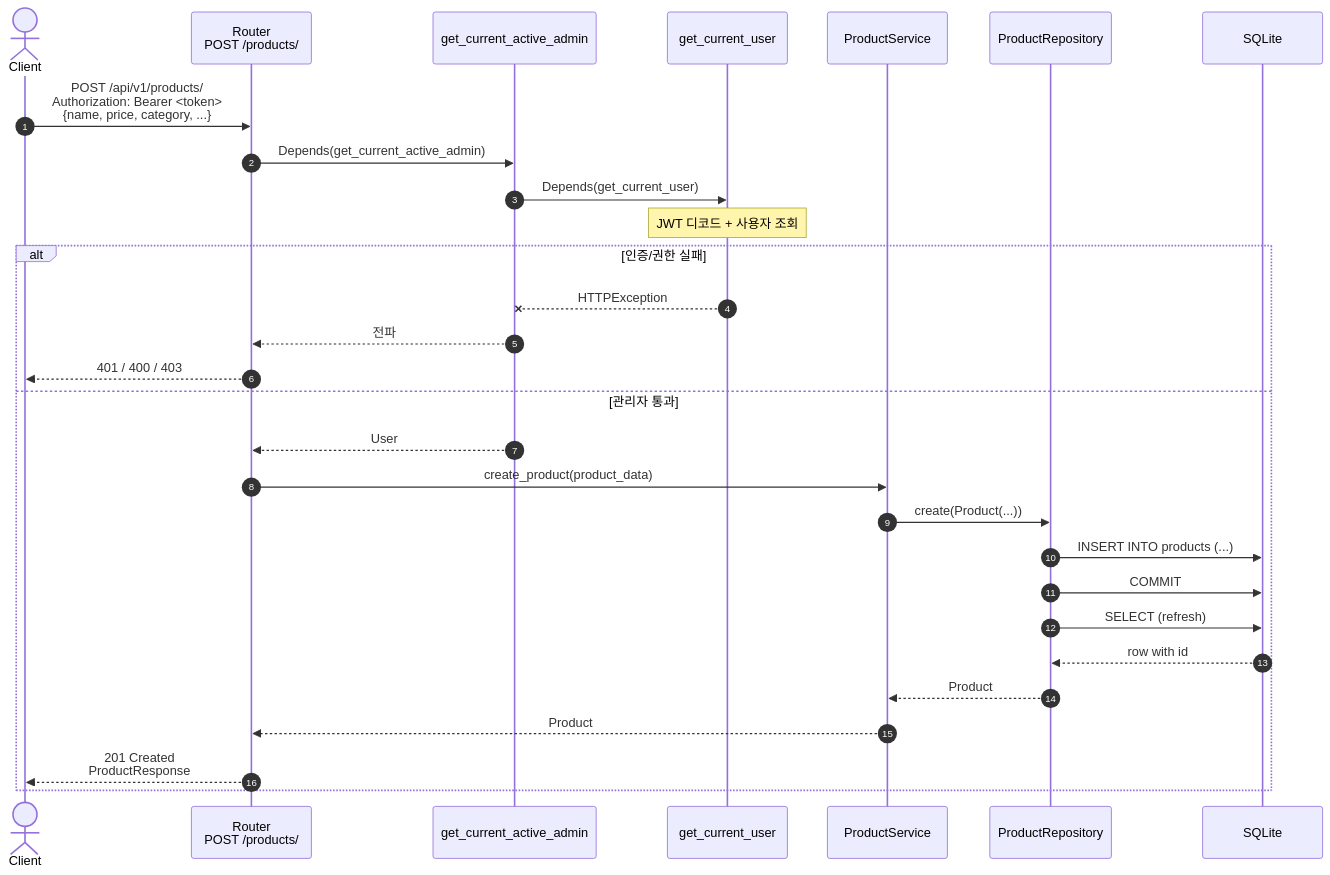
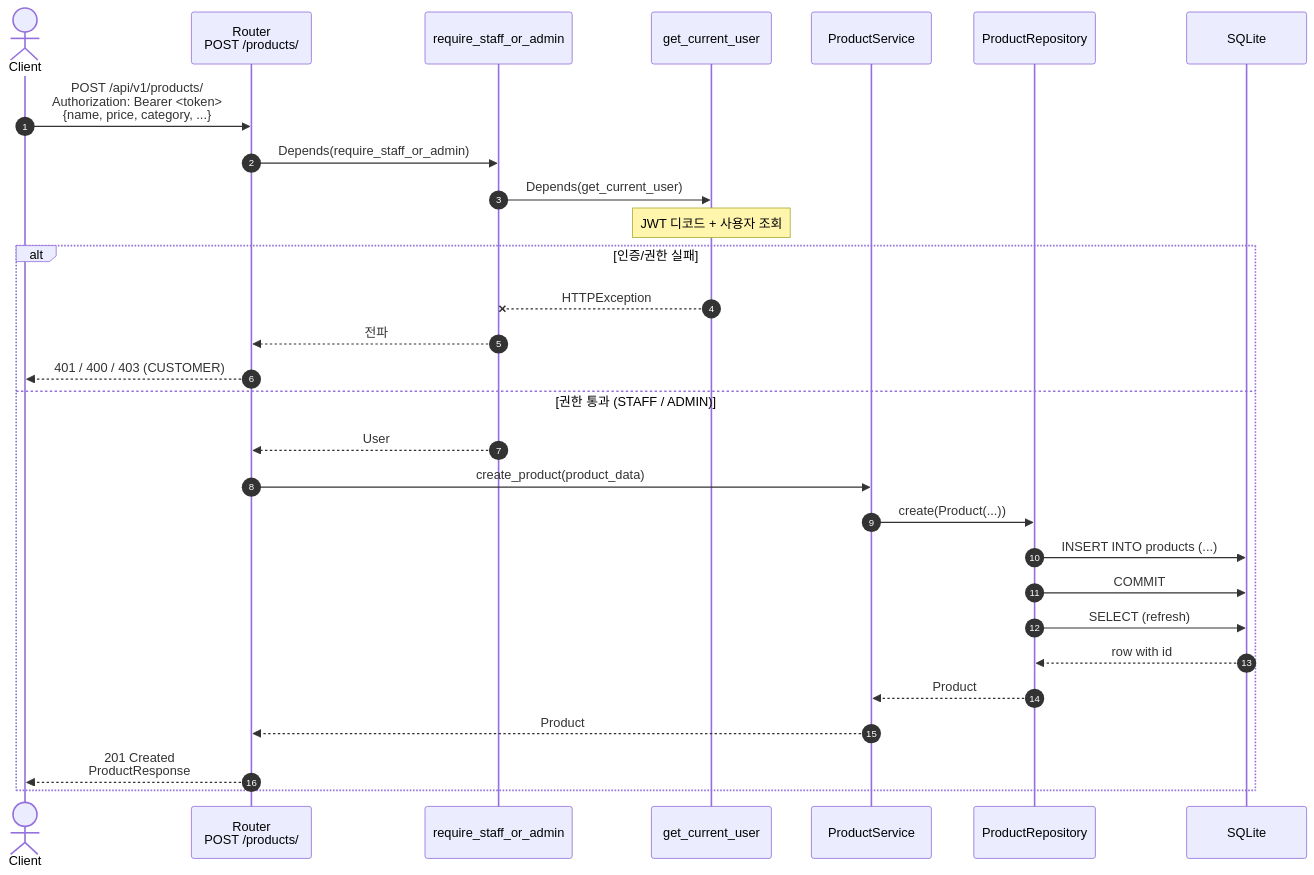
The first of 4 diagrams in docs/diagram/상품_관리_관리자.md (hjp7461/fastapi-sample), drawn with Mermaid before and after one commit. The commit also changed other lines of this file and 7 other files, not shown here.

First line of the commit message:
docs(diagram): require_* 명명 + staff 권한 + Product viewer 분기 정합

````diff
--- a/docs/diagram/상품_관리_관리자.md
+++ b/docs/diagram/상품_관리_관리자.md
@@ -19,33 +19,33 @@
 ```mermaid
 sequenceDiagram
     autonumber
     actor Client
     participant Router as Router<br/>POST /products/
-    participant Admin as get_current_active_admin
+    participant Guard as require_staff_or_admin
     participant User as get_current_user
     participant Service as ProductService
     participant Repo as ProductRepository
     participant DB as SQLite
 
     Client->>Router: POST /api/v1/products/<br/>Authorization: Bearer <token><br/>{name, price, category, ...}
-    Router->>Admin: Depends(get_current_active_admin)
-    Admin->>User: Depends(get_current_user)
+    Router->>Guard: Depends(require_staff_or_admin)
+    Guard->>User: Depends(get_current_user)
     Note over User: JWT 디코드 + 사용자 조회
 
     alt 인증/권한 실패
-        User--xAdmin: HTTPException
-        Admin-->>Router: 전파
-        Router-->>Client: 401 / 400 / 403
-    else 관리자 통과
-        Admin-->>Router: User
+        User--xGuard: HTTPException
+        Guard-->>Router: 전파
+        Router-->>Client: 401 / 400 / 403 (CUSTOMER)
+    else 권한 통과 (STAFF / ADMIN)
+        Guard-->>Router: User
         Router->>Service: create_product(product_data)
         Service->>Repo: create(Product(...))
         Repo->>DB: INSERT INTO products (...)
         Repo->>DB: COMMIT
         Repo->>DB: SELECT (refresh)
         DB-->>Repo: row with id
         Repo-->>Service: Product
         Service-->>Router: Product
         Router-->>Client: 201 Created<br/>ProductResponse
     end
 ```
````
